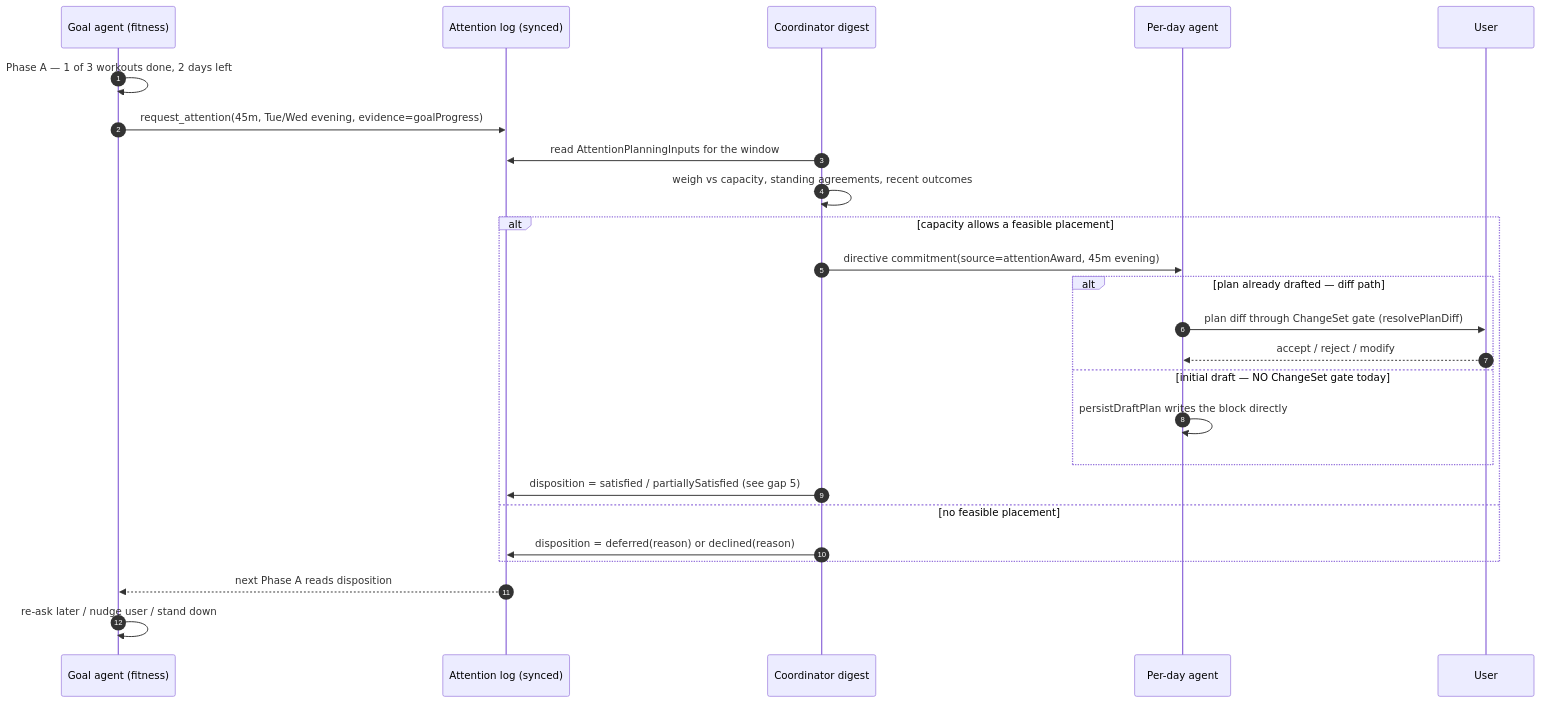
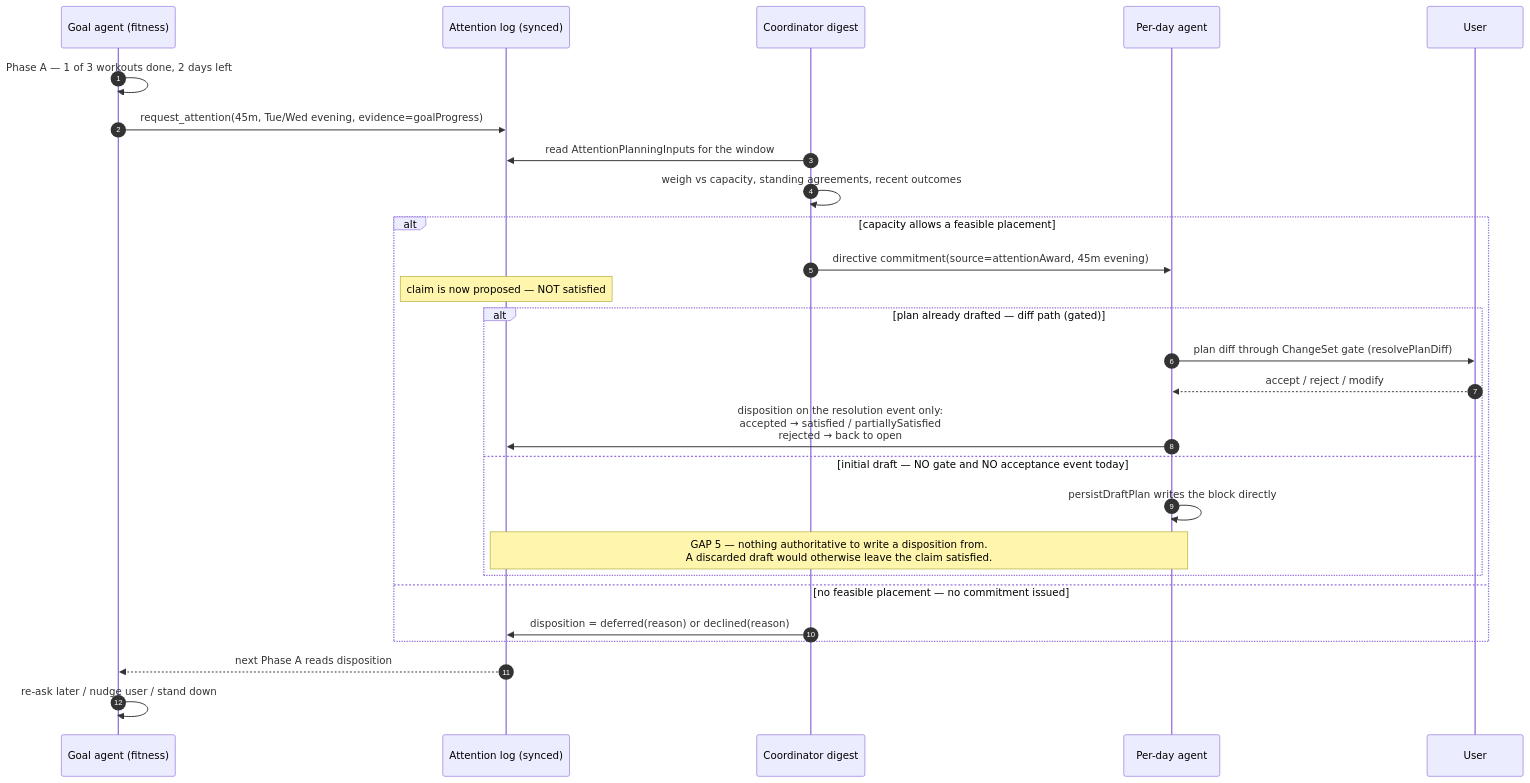
Before and after one commit to matthiasn/lotti: the third of 4 diagrams in docs/implementation_plans/2026-08-13_goal_planner_negotiation.md, drawn with Mermaid. The commit also changed other lines of this file, not shown here.

Commit message:
docs: bind the disposition to a real placement event in the sketch
Two defects in the previous commit's own diagrams, both found in review.

The sequence diagram wrote satisfied/partiallySatisfied straight after the alt
branch that includes the ungated persistDraftPlan path, so a discarded draft
would have left the claim satisfied -- contradicting the single-writer rule
stated in the prose immediately below it. The diff path also returned the user's
verdict to the day agent while the coordinator wrote the disposition, so the
writer never saw the outcome it was recording. The disposition is now emitted by
the component that receives the resolution event, and the initial-draft branch
carries no disposition at all, which is the honest reading of gap 5.

The state diagram allowed deferred only from proposed, but proposed means a
commitment exists and the no-feasible-placement path never creates one, so a
claim deferred for lack of room had no valid edge. Added open --> deferred,
narrowed proposed --> deferred to a withdrawn commitment, and wrote down the
deferred/declined distinction: deferred means re-ask, declined means stop.

````diff
--- a/docs/implementation_plans/2026-08-13_goal_planner_negotiation.md
+++ b/docs/implementation_plans/2026-08-13_goal_planner_negotiation.md
@@ -143,28 +143,30 @@
 ```mermaid
 sequenceDiagram
   autonumber
   participant G as Goal agent (fitness)
   participant L as Attention log (synced)
   participant C as Coordinator digest
   participant D as Per-day agent
   participant U as User
 
   G->>G: Phase A — 1 of 3 workouts done, 2 days left
   G->>L: request_attention(45m, Tue/Wed evening, evidence=goalProgress)
   C->>L: read AttentionPlanningInputs for the window
   C->>C: weigh vs capacity, standing agreements, recent outcomes
   alt capacity allows a feasible placement
     C->>D: directive commitment(source=attentionAward, 45m evening)
-    alt plan already drafted — diff path
+    note over L: claim is now proposed — NOT satisfied
+    alt plan already drafted — diff path (gated)
       D->>U: plan diff through ChangeSet gate (resolvePlanDiff)
       U-->>D: accept / reject / modify
-    else initial draft — NO ChangeSet gate today
+      D->>L: disposition on the resolution event only:<br/>accepted → satisfied / partiallySatisfied<br/>rejected → back to open
+    else initial draft — NO gate and NO acceptance event today
       D->>D: persistDraftPlan writes the block directly
+      note over D,L: GAP 5 — nothing authoritative to write a disposition from.<br/>A discarded draft would otherwise leave the claim satisfied.
     end
-    C->>L: disposition = satisfied / partiallySatisfied (see gap 5)
-  else no feasible placement
+  else no feasible placement — no commitment issued
     C->>L: disposition = deferred(reason) or declined(reason)
   end
   L-->>G: next Phase A reads disposition
   G->>G: re-ask later / nudge user / stand down
 ```
````
